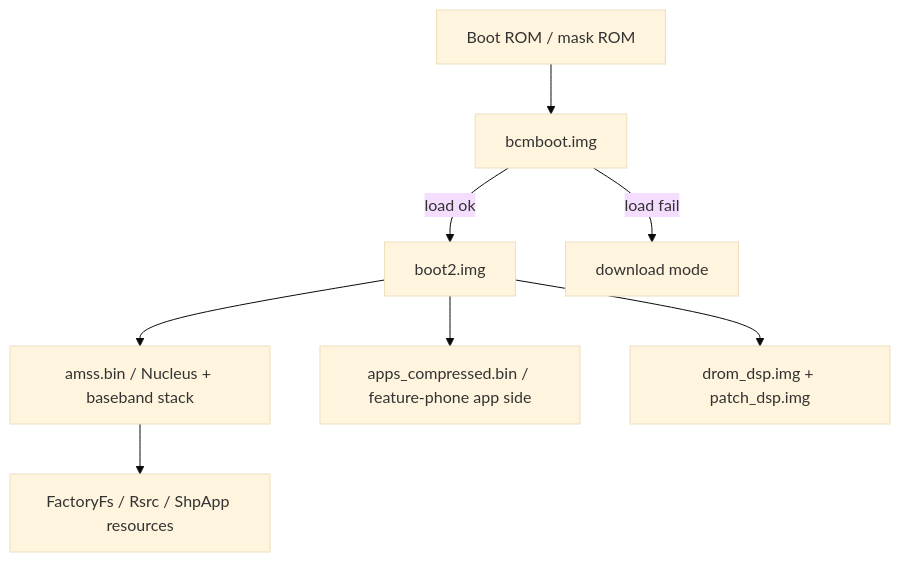
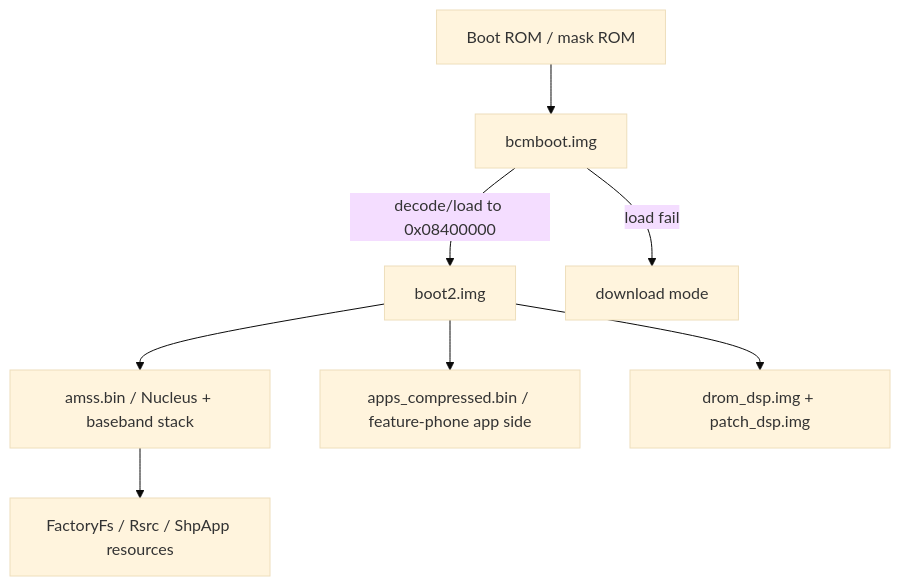
The diagram in docs/boot_chain.md (lyk82468246/BCM2153), drawn with Mermaid (base theme) before and after one commit. The commit also changed other lines of this file and 7 other files, not shown here.

````diff
--- a/docs/boot_chain.md
+++ b/docs/boot_chain.md
@@ -5,10 +5,10 @@
 ```mermaid
 flowchart TD
     ROM["Boot ROM / mask ROM"] --> B1["bcmboot.img"]
-    B1 -->|load ok| B2["boot2.img"]
+    B1 -->|decode/load to 0x08400000| B2["boot2.img"]
     B1 -->|load fail| DL["download mode"]
     B2 --> AMSS["amss.bin / Nucleus + baseband stack"]
     B2 --> APPS["apps_compressed.bin / feature-phone app side"]
     B2 --> DSP["drom_dsp.img + patch_dsp.img"]
     AMSS --> FS["FactoryFs / Rsrc / ShpApp resources"]
 ```
````
